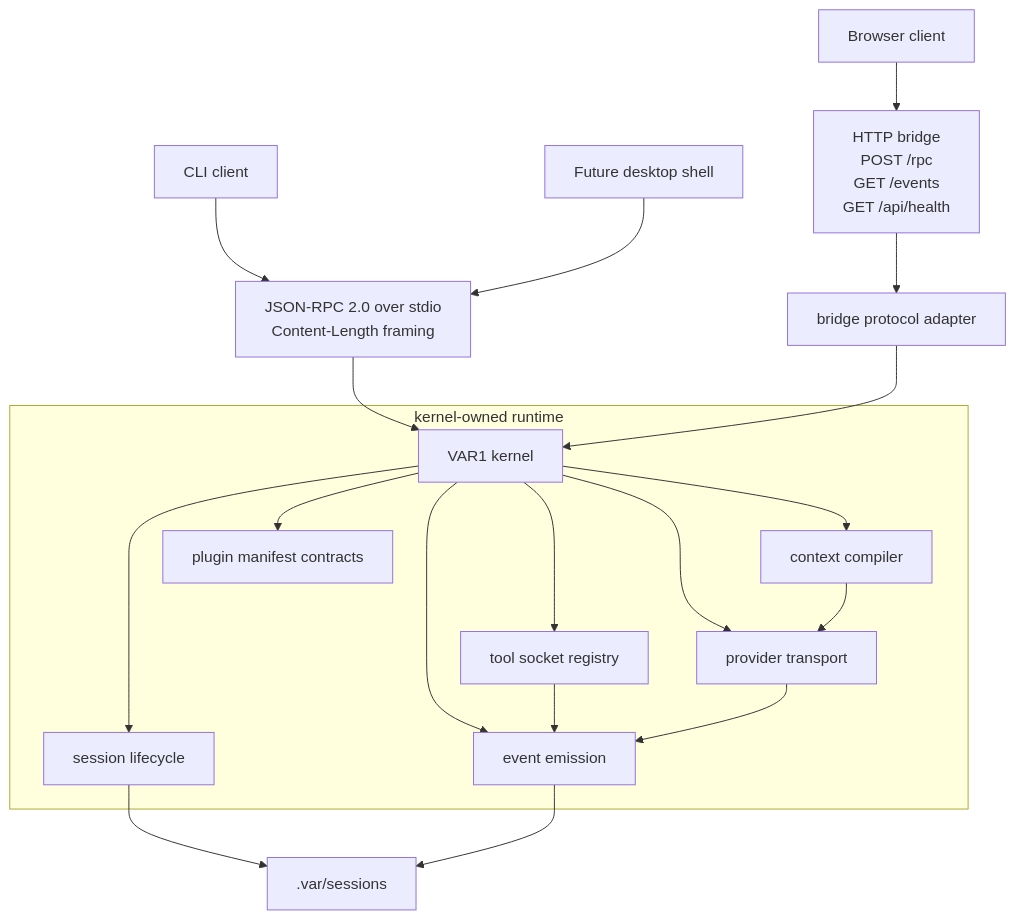
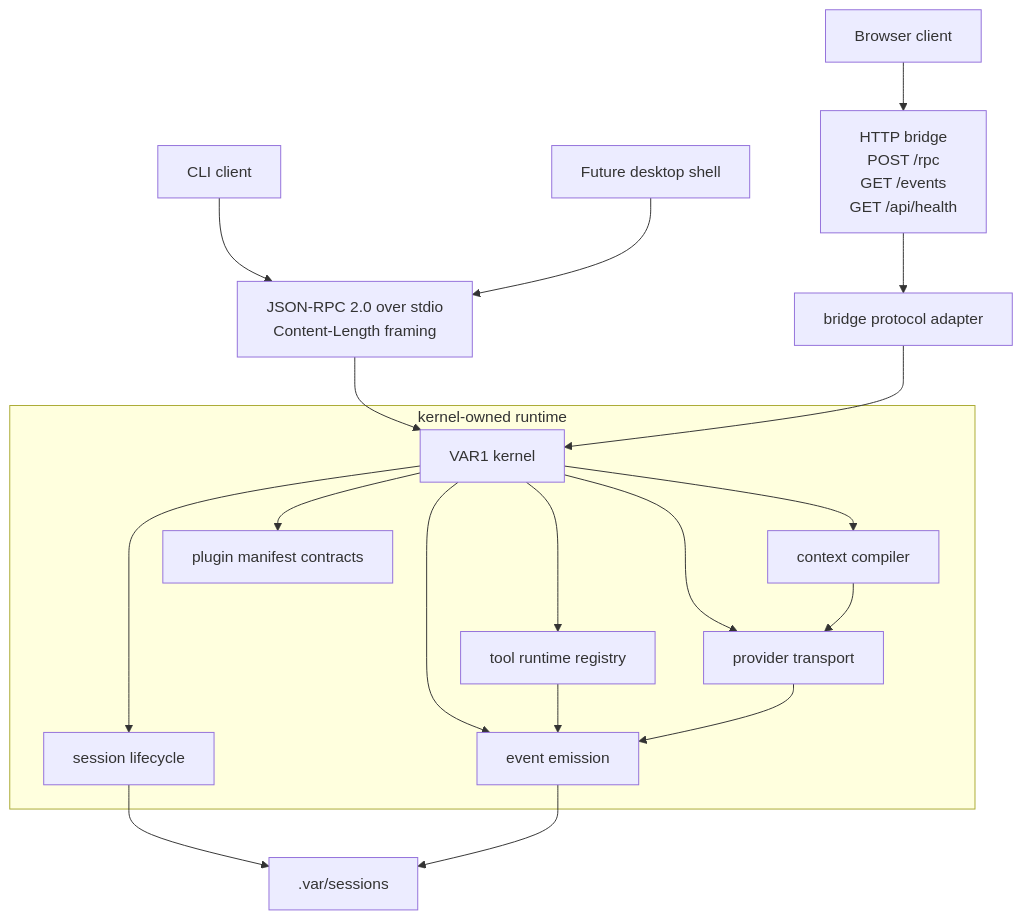
The first of 3 diagrams in README.md (savageops/VANTARI-ONE), drawn with Mermaid before and after one commit. The commit also changed other lines of this file and 39 other files, not shown here.

First line of the commit message:
refactor/runtime: canonicalize VAR1 kernel ownership

````diff
--- a/README.md
+++ b/README.md
@@ -31,29 +31,29 @@
 ```mermaid
 flowchart TB
   cli["CLI client"]
   browser["Browser client"]
   desktop["Future desktop shell"]
 
   cli --> stdio["JSON-RPC 2.0 over stdio<br/>Content-Length framing"]
   desktop --> stdio
   browser --> bridge["HTTP bridge<br/>POST /rpc<br/>GET /events<br/>GET /api/health"]
 
   bridge --> adapter["bridge protocol adapter"]
   stdio --> kernel["VAR1 kernel"]
   adapter --> kernel
 
   subgraph core["kernel-owned runtime"]
     kernel --> sessions["session lifecycle"]
     kernel --> context["context compiler"]
-    kernel --> tools["tool socket registry"]
+    kernel --> tools["tool runtime registry"]
     kernel --> plugins["plugin manifest contracts"]
     kernel --> provider["provider transport"]
     kernel --> events["event emission"]
   end
 
   sessions --> ledger[".var/sessions"]
   context --> provider
   tools --> events
   provider --> events
   events --> ledger
 ```
````
